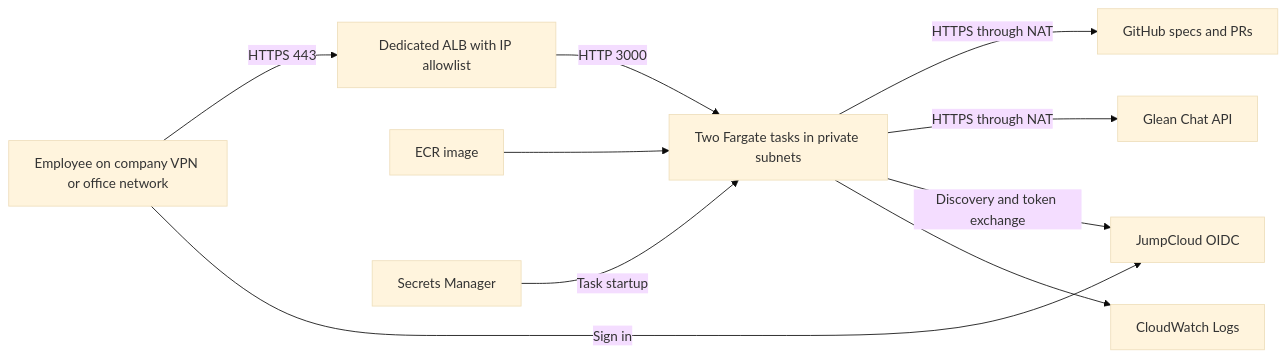
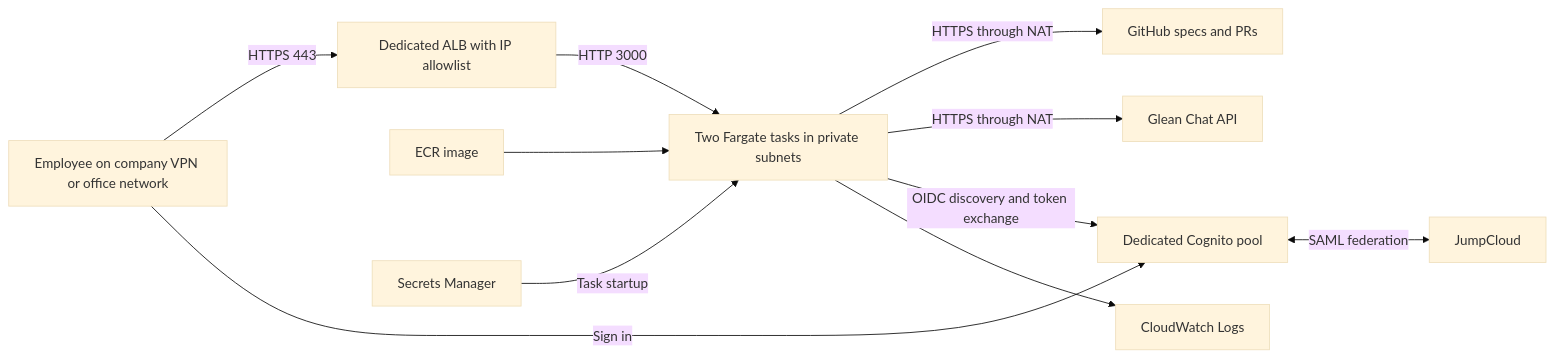
One commit to jxue349/services-spec-tool changed the diagram in docs/deployment-master-plan.md. Above: the diagram before and after it, drawn with Mermaid (base theme). The commit also changed other lines of this file and 10 other files, not shown here.

First line of the commit message:
feat: provision Cognito and configure JumpCloud federation (#8)

````diff
--- a/docs/deployment-master-plan.md
+++ b/docs/deployment-master-plan.md
@@ -94,12 +103,13 @@
 ```mermaid
 flowchart LR
     User[Employee on company VPN or office network] -->|HTTPS 443| ALB[Dedicated ALB with IP allowlist]
     ALB -->|HTTP 3000| ECS[Two Fargate tasks in private subnets]
     ECS -->|HTTPS through NAT| GitHub[GitHub specs and PRs]
     ECS -->|HTTPS through NAT| Glean[Glean Chat API]
-    User -->|Sign in| JumpCloud[JumpCloud OIDC]
-    ECS -->|Discovery and token exchange| JumpCloud
+    User -->|Sign in| Cognito[Dedicated Cognito pool]
+    Cognito <-->|SAML federation| JumpCloud[JumpCloud]
+    ECS -->|OIDC discovery and token exchange| Cognito
     ECR[ECR image] --> ECS
     Secrets[Secrets Manager] -->|Task startup| ECS
     ECS --> Logs[CloudWatch Logs]
 ```
````
